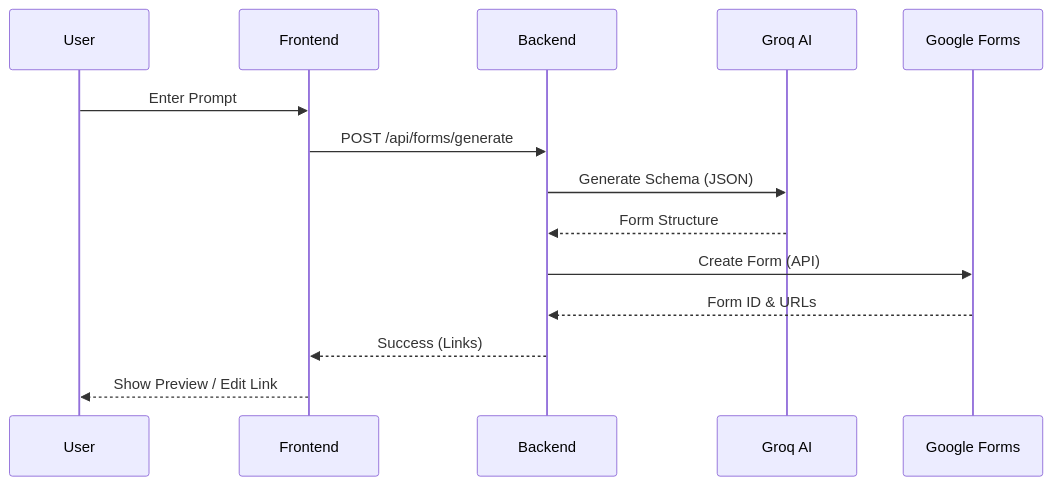
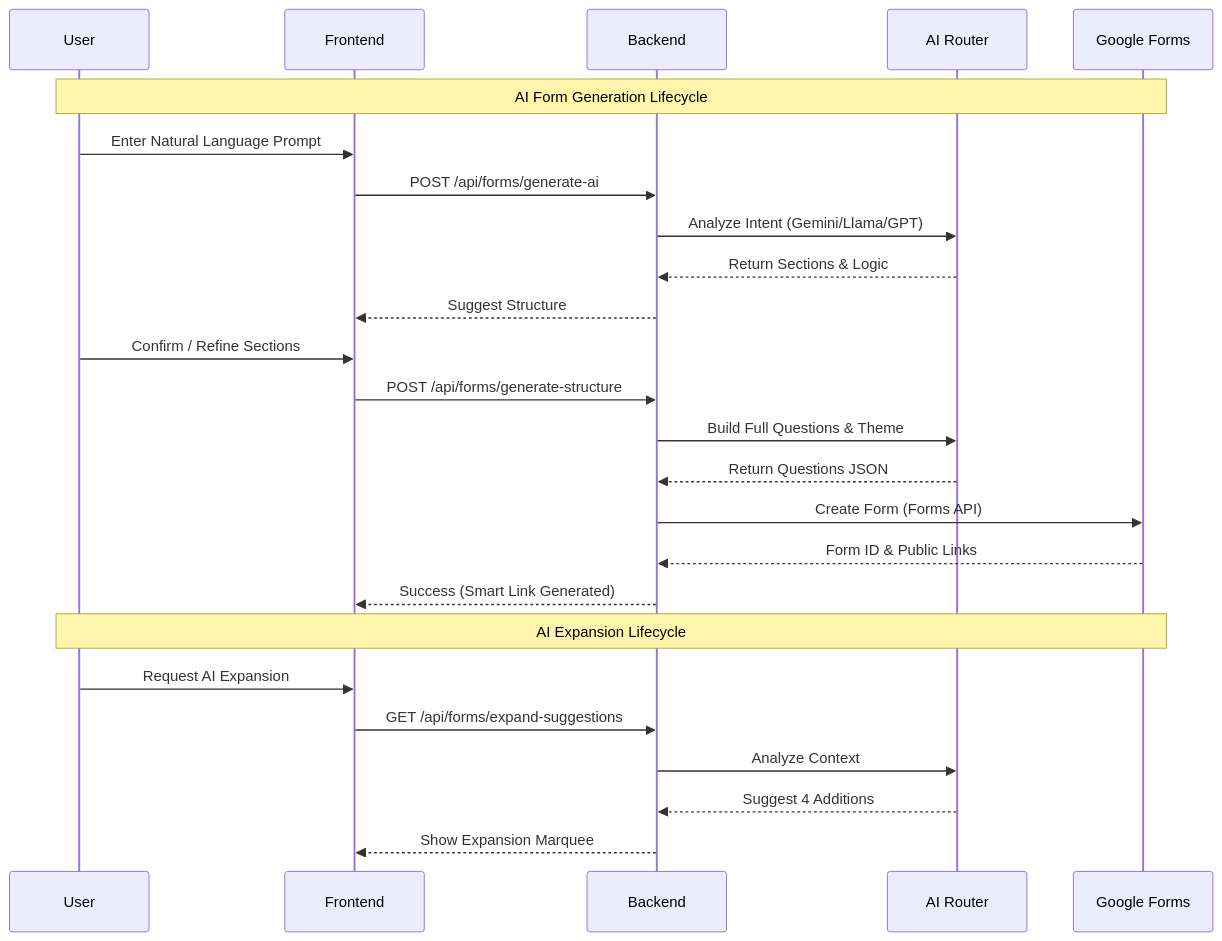
The second of 2 diagrams in README.md (tarunkulkarni4/FullStack-AI-Google-Form_Builder), drawn with Mermaid before and after one commit. The commit also changed other lines of this file and 3 other files, not shown here.

Commit message:
docs: update README architecture, flow, features, and add logo

````diff
--- a/README.md
+++ b/README.md
@@ -144,17 +166,29 @@
 ```mermaid
 sequenceDiagram
     participant U as User
     participant F as Frontend
     participant B as Backend
-    participant AI as Groq AI
+    participant AI as AI Router
     participant G as Google Forms
     
-    U->>F: Enter Prompt
-    F->>B: POST /api/forms/generate
-    B->>AI: Generate Schema (JSON)
-    AI-->>B: Form Structure
-    B->>G: Create Form (API)
-    G-->>B: Form ID & URLs
-    B-->>F: Success (Links)
-    F-->>U: Show Preview / Edit Link
+    Note over U, G: AI Form Generation Lifecycle
+    U->>F: Enter Natural Language Prompt
+    F->>B: POST /api/forms/generate-ai
+    B->>AI: Analyze Intent (Gemini/Llama/GPT)
+    AI-->>B: Return Sections & Logic
+    B-->>F: Suggest Structure
+    U->>F: Confirm / Refine Sections
+    F->>B: POST /api/forms/generate-structure
+    B->>AI: Build Full Questions & Theme
+    AI-->>B: Return Questions JSON
+    B->>G: Create Form (Forms API)
+    G-->>B: Form ID & Public Links
+    B-->>F: Success (Smart Link Generated)
+    
+    Note over U, G: AI Expansion Lifecycle
+    U->>F: Request AI Expansion
+    F->>B: GET /api/forms/expand-suggestions
+    B->>AI: Analyze Context
+    AI-->>B: Suggest 4 Additions
+    B-->>F: Show Expansion Marquee
 ```
````
